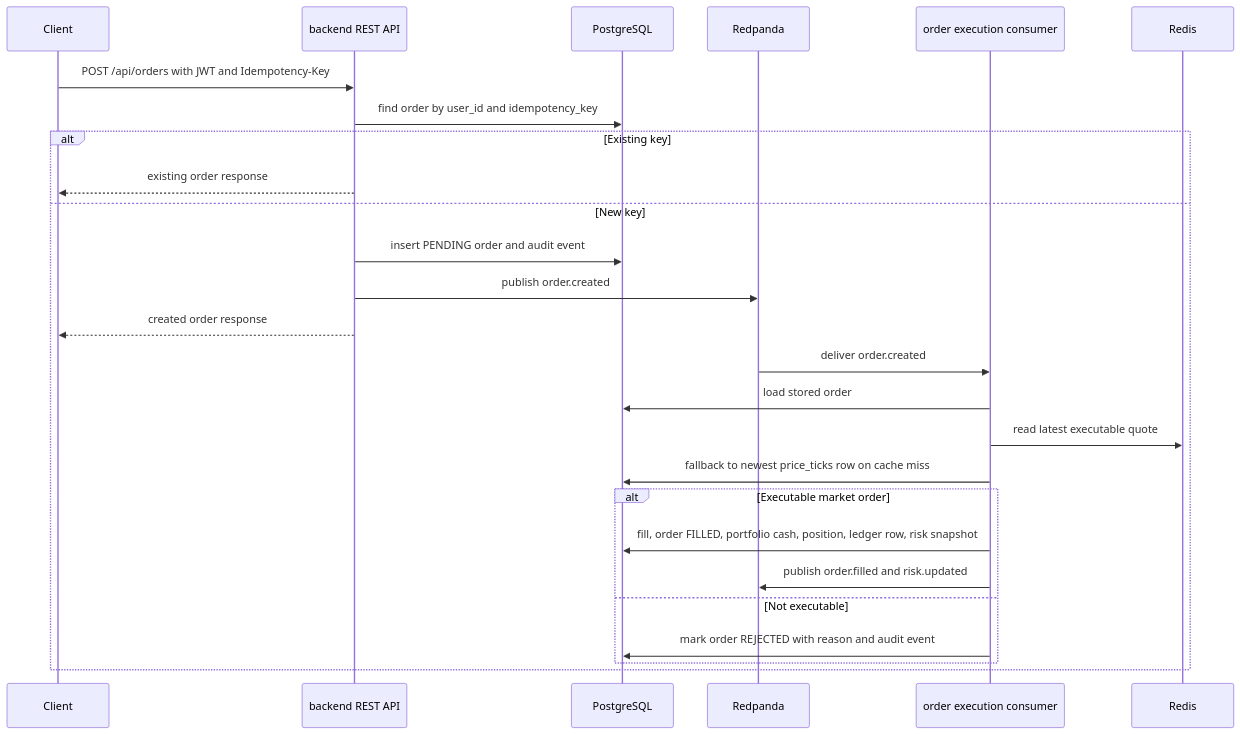
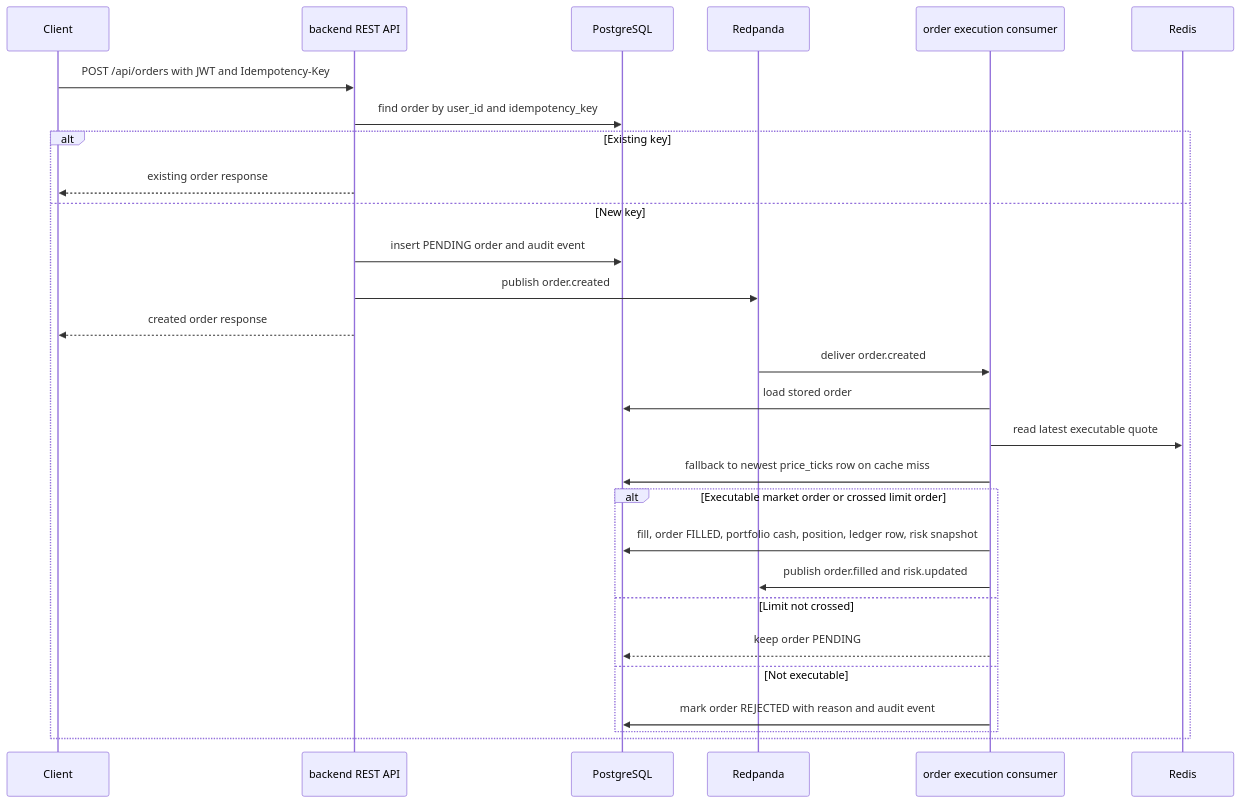
The fourth of 4 diagrams in docs/architecture.md (rehani1/LedgerStream), drawn with Mermaid before and after one commit. The commit also changed other lines of this file and 12 other files, not shown here.

````diff
--- a/docs/architecture.md
+++ b/docs/architecture.md
@@ -78,29 +80,31 @@
 ```mermaid
 sequenceDiagram
   participant Client
   participant API as backend REST API
   participant DB as PostgreSQL
   participant Stream as Redpanda
   participant Executor as order execution consumer
   participant Cache as Redis
 
   Client->>API: POST /api/orders with JWT and Idempotency-Key
   API->>DB: find order by user_id and idempotency_key
   alt Existing key
     API-->>Client: existing order response
   else New key
     API->>DB: insert PENDING order and audit event
     API->>Stream: publish order.created
     API-->>Client: created order response
     Stream->>Executor: deliver order.created
     Executor->>DB: load stored order
     Executor->>Cache: read latest executable quote
     Executor->>DB: fallback to newest price_ticks row on cache miss
-    alt Executable market order
+    alt Executable market order or crossed limit order
       Executor->>DB: fill, order FILLED, portfolio cash, position, ledger row, risk snapshot
       Executor->>Stream: publish order.filled and risk.updated
+    else Limit not crossed
+      Executor-->>DB: keep order PENDING
     else Not executable
       Executor->>DB: mark order REJECTED with reason and audit event
     end
   end
 ```
````
